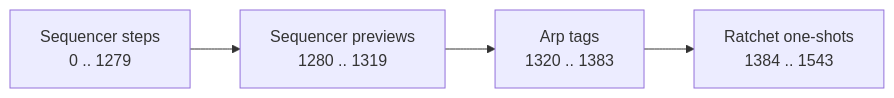
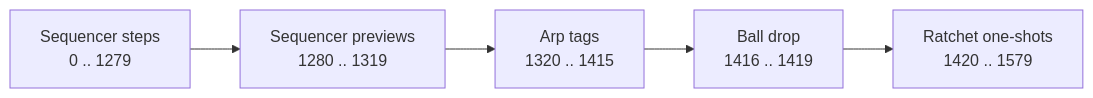
Before and after one commit to rt-rtos/S3-Amysynth: the third of 3 diagrams in components/synth_core/ARP-ARCHITECTURE.md, drawn with Mermaid. The commit also changed other lines of this file and 108 other files, not shown here.

````diff
--- a/components/synth_core/ARP-ARCHITECTURE.md
+++ b/components/synth_core/ARP-ARCHITECTURE.md
@@ -178,4 +185,4 @@
 ```mermaid
 flowchart LR
-    A["Sequencer steps\n0 .. 1279"] --> B["Sequencer previews\n1280 .. 1319"] --> C["Arp tags\n1320 .. 1383"] --> D["Ratchet one-shots\n1384 .. 1543"]
+    A["Sequencer steps\n0 .. 1279"] --> B["Sequencer previews\n1280 .. 1319"] --> C["Arp tags\n1320 .. 1415"] --> E["Ball drop\n1416 .. 1419"] --> D["Ratchet one-shots\n1420 .. 1579"]
 ```
````
